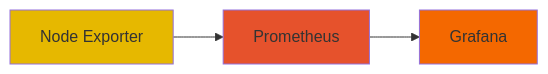
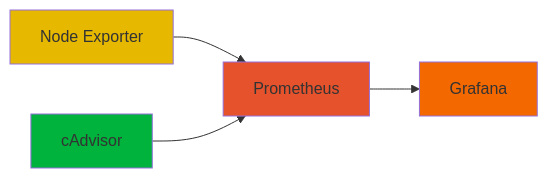
One commit to deepraj1729/complete-monitoring-stack changed the first of 2 diagrams in README.md. Above: the diagram before and after it, drawn with Mermaid. The commit also changed other lines of this file and 2 other files, not shown here.

Commit message:
Added cAdvisor for docker monitoring

````diff
--- a/README.md
+++ b/README.md
@@ -22,8 +22,10 @@
 ```mermaid
 graph LR
     A[Node Exporter] --> B[Prometheus]
+    D[cAdvisor] --> B
     B --> C[Grafana]
     style A fill:#e6b800
     style B fill:#e6522c
     style C fill:#F46800
+    style D fill:#00b33c
 ```
````
